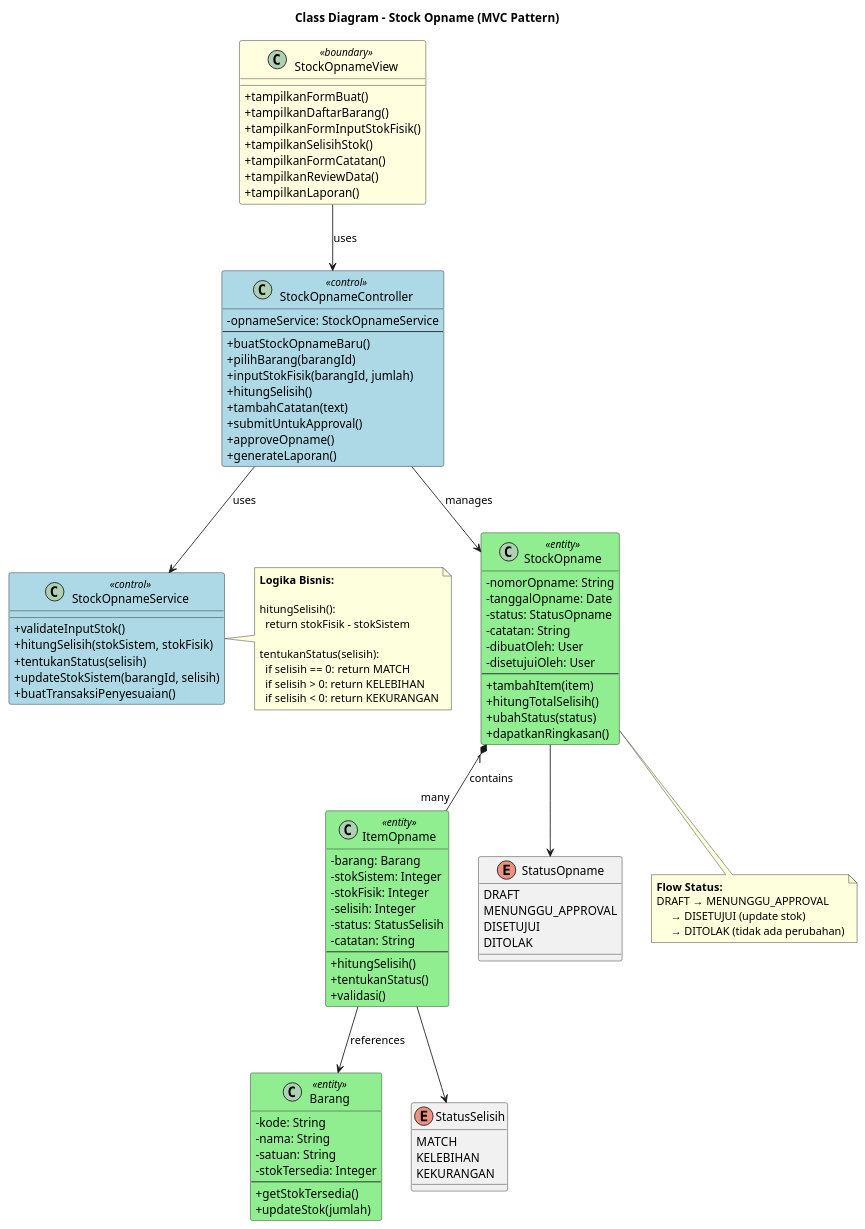
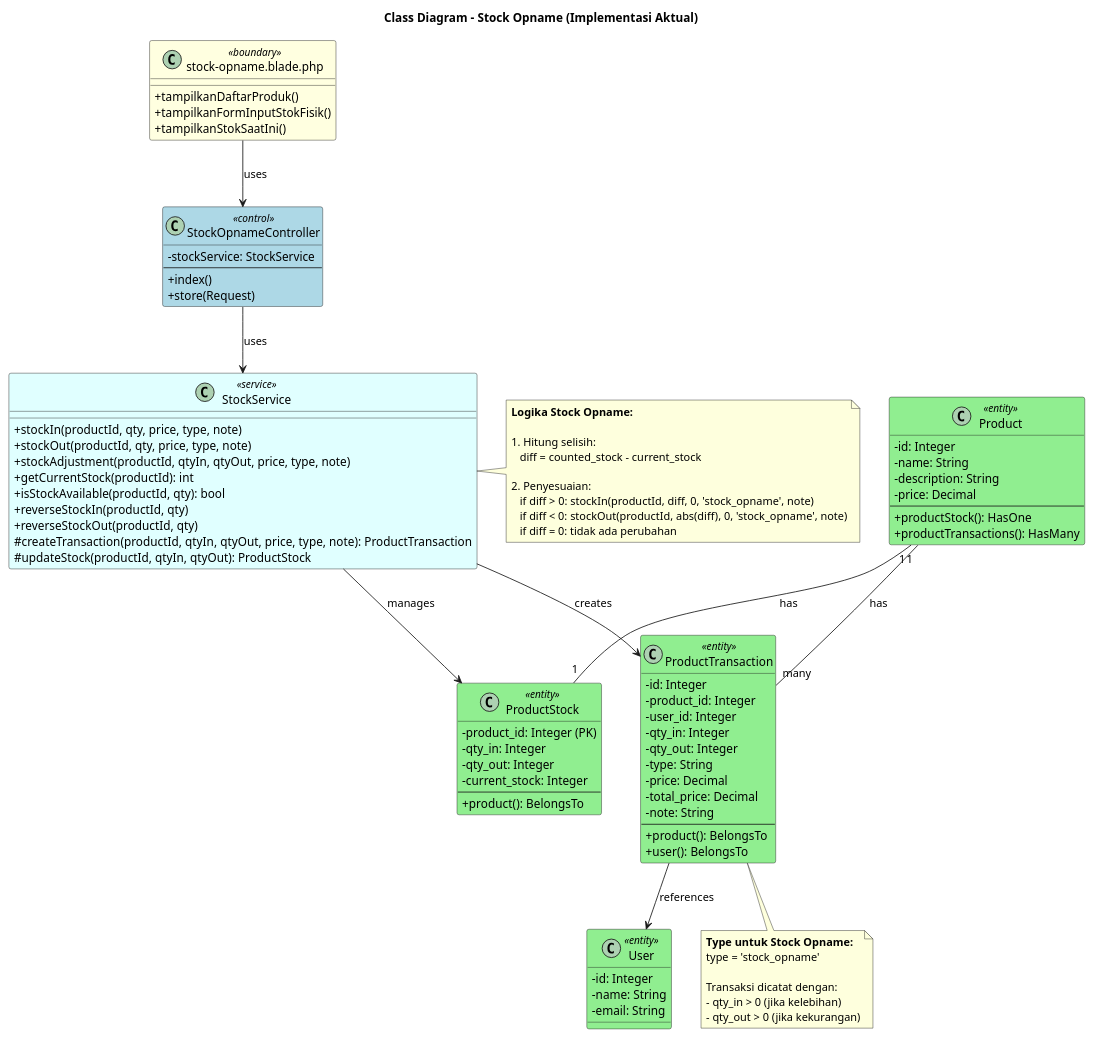
One commit to watimirna/uts-rpl changed the diagram in diagrams/stock-opname-class.puml. Above: the diagram before and after it, drawn with PlantUML. The commit also changed 12 other files, not shown here.

Commit message:
feat: update diagrams

```diff
--- a/diagrams/stock-opname-class.puml
+++ b/diagrams/stock-opname-class.puml
@@ -1,127 +1,114 @@
 @startuml Stock Opname Class Diagram
 
 ' Styling
 skinparam classAttributeIconSize 0
 skinparam class {
     BackgroundColor<<boundary>> LightYellow
     BackgroundColor<<control>> LightBlue
     BackgroundColor<<entity>> LightGreen
+    BackgroundColor<<service>> LightCyan
 }
 
-title Class Diagram - Stock Opname (MVC Pattern)
+title Class Diagram - Stock Opname (Implementasi Aktual)
 
 ' Boundary (View/UI)
-class StockOpnameView <<boundary>> {
-    + tampilkanFormBuat()
-    + tampilkanDaftarBarang()
+class "stock-opname.blade.php" as StockOpnameView <<boundary>> {
+    + tampilkanDaftarProduk()
     + tampilkanFormInputStokFisik()
-    + tampilkanSelisihStok()
-    + tampilkanFormCatatan()
-    + tampilkanReviewData()
-    + tampilkanLaporan()
+    + tampilkanStokSaatIni()
 }
 
-' Control (Controller/Business Logic)
+' Control (Controller)
 class StockOpnameController <<control>> {
-    - opnameService: StockOpnameService
+    - stockService: StockService
     --
-    + buatStockOpnameBaru()
-    + pilihBarang(barangId)
-    + inputStokFisik(barangId, jumlah)
-    + hitungSelisih()
-    + tambahCatatan(text)
-    + submitUntukApproval()
-    + approveOpname()
-    + generateLaporan()
+    + index()
+    + store(Request)
 }
 
-class StockOpnameService <<control>> {
-    + validateInputStok()
-    + hitungSelisih(stokSistem, stokFisik)
-    + tentukanStatus(selisih)
-    + updateStokSistem(barangId, selisih)
-    + buatTransaksiPenyesuaian()
+' Service
+class StockService <<service>> {
+    + stockIn(productId, qty, price, type, note)
+    + stockOut(productId, qty, price, type, note)
+    + stockAdjustment(productId, qtyIn, qtyOut, price, type, note)
+    + getCurrentStock(productId): int
+    + isStockAvailable(productId, qty): bool
+    + reverseStockIn(productId, qty)
+    + reverseStockOut(productId, qty)
+    # createTransaction(productId, qtyIn, qtyOut, price, type, note): ProductTransaction
+    # updateStock(productId, qtyIn, qtyOut): ProductStock
 }
 
 ' Entity (Domain Model)
-class StockOpname <<entity>> {
-    - nomorOpname: String
-    - tanggalOpname: Date
-    - status: StatusOpname
-    - catatan: String
-    - dibuatOleh: User
-    - disetujuiOleh: User
+class Product <<entity>> {
+    - id: Integer
+    - name: String
+    - description: String
+    - price: Decimal
     --
-    + tambahItem(item)
-    + hitungTotalSelisih()
-    + ubahStatus(status)
-    + dapatkanRingkasan()
+    + productStock(): HasOne
+    + productTransactions(): HasMany
 }
 
-class ItemOpname <<entity>> {
-    - barang: Barang
-    - stokSistem: Integer
-    - stokFisik: Integer
-    - selisih: Integer
-    - status: StatusSelisih
-    - catatan: String
+class ProductStock <<entity>> {
+    - product_id: Integer (PK)
+    - qty_in: Integer
+    - qty_out: Integer
+    - current_stock: Integer
     --
-    + hitungSelisih()
-    + tentukanStatus()
-    + validasi()
+    + product(): BelongsTo
 }
 
-class Barang <<entity>> {
-    - kode: String
-    - nama: String
-    - satuan: String
-    - stokTersedia: Integer
+class ProductTransaction <<entity>> {
+    - id: Integer
+    - product_id: Integer
+    - user_id: Integer
+    - qty_in: Integer
+    - qty_out: Integer
+    - type: String
+    - price: Decimal
+    - total_price: Decimal
+    - note: String
     --
-    + getStokTersedia()
-    + updateStok(jumlah)
+    + product(): BelongsTo
+    + user(): BelongsTo
 }
 
-' Enumerations
-enum StatusOpname {
-    DRAFT
-    MENUNGGU_APPROVAL
-    DISETUJUI
-    DITOLAK
-}
-
-enum StatusSelisih {
-    MATCH
-    KELEBIHAN
-    KEKURANGAN
+class User <<entity>> {
+    - id: Integer
+    - name: String
+    - email: String
 }
 
 ' Relationships
 StockOpnameView --> StockOpnameController : uses
-StockOpnameController --> StockOpnameService : uses
-StockOpnameController --> StockOpname : manages
-StockOpname "1" *-- "many" ItemOpname : contains
-ItemOpname --> Barang : references
-ItemOpname --> StatusSelisih
-StockOpname --> StatusOpname
+StockOpnameController --> StockService : uses
+StockService --> ProductStock : manages
+StockService --> ProductTransaction : creates
+Product "1" -- "1" ProductStock : has
+Product "1" -- "many" ProductTransaction : has
+ProductTransaction --> User : references
 
 ' Notes
-note right of StockOpnameService
-  **Logika Bisnis:**
-  
-  hitungSelisih():
-    return stokFisik - stokSistem
-  
-  tentukanStatus(selisih):
-    if selisih == 0: return MATCH
-    if selisih > 0: return KELEBIHAN
-    if selisih < 0: return KEKURANGAN
+note right of StockService
+  **Logika Stock Opname:**
+
+  1. Hitung selisih:
+     diff = counted_stock - current_stock
+
+  2. Penyesuaian:
+     if diff > 0: stockIn(productId, diff, 0, 'stock_opname', note)
+     if diff < 0: stockOut(productId, abs(diff), 0, 'stock_opname', note)
+     if diff = 0: tidak ada perubahan
 end note
 
-note bottom of StockOpname
-  **Flow Status:**
-  DRAFT → MENUNGGU_APPROVAL 
-       → DISETUJUI (update stok)
-       → DITOLAK (tidak ada perubahan)
+note bottom of ProductTransaction
+  **Type untuk Stock Opname:**
+  type = 'stock_opname'
+
+  Transaksi dicatat dengan:
+  - qty_in > 0 (jika kelebihan)
+  - qty_out > 0 (jika kekurangan)
 end note
 
 @enduml
```
